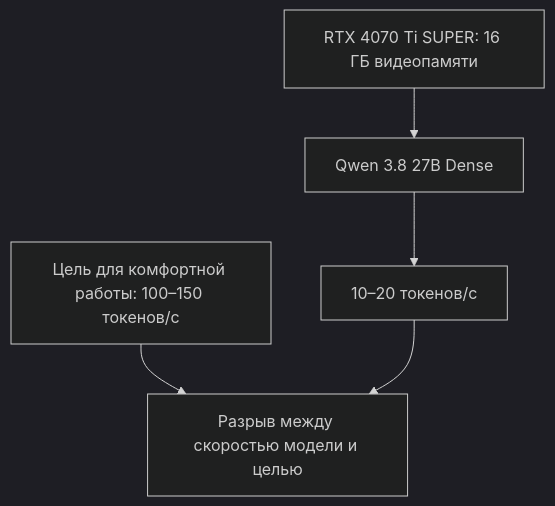
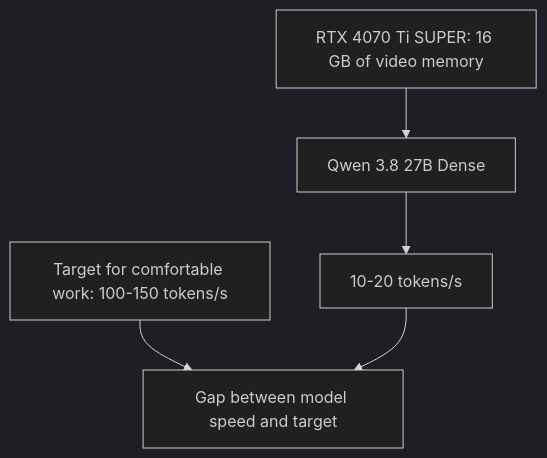
Before and after one commit to evgenyigumnov/subtask4llm: the first of 7 diagrams in article.en.md, drawn with Mermaid (dark theme). The commit also changed other lines of this file, not shown here.

````diff
--- a/article.en.md
+++ b/article.en.md
@@ -5,7 +5,7 @@
 ```mermaid
 flowchart TB
-  gpu["RTX 4070 Ti SUPER: 16 ГБ видеопамяти"] --> dense["Qwen 3.8 27B Dense"]
-  dense --> current["10–20 токенов/с"]
-  target["Цель для комфортной работы: 100–150 токенов/с"] --> gap["Разрыв между скоростью модели и целью"]
+  gpu["RTX 4070 Ti SUPER: 16 GB of video memory"] --> dense["Qwen 3.8 27B Dense"]
+  dense --> current["10-20 tokens/s"]
+  target["Target for comfortable work: 100-150 tokens/s"] --> gap["Gap between model speed and target"]
   current --> gap
 ```
````
